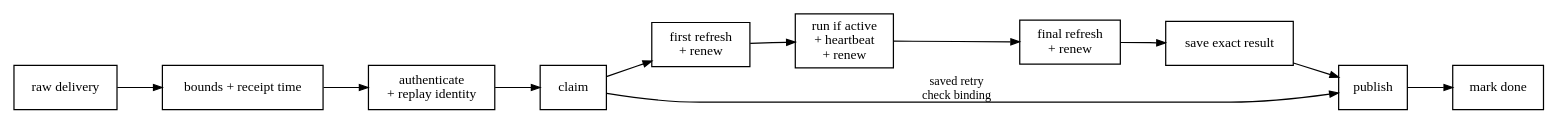
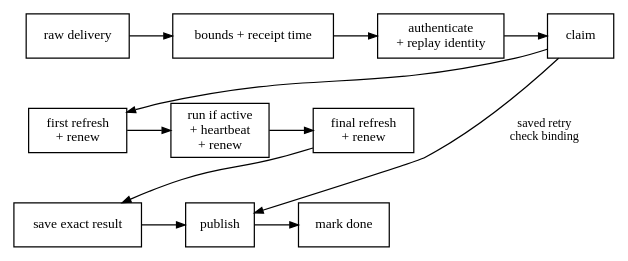
One commit to HardMax71/amiss changed the first of 2 diagrams in docs/src/controller.md. Above: the diagram before and after it, drawn with Graphviz. The commit also changed other lines of this file, not shown here.

Commit message:
Reshape the controller diagrams
The ten-box flow strip becomes the same three-row snake as the provider
pages, with the saved-retry shortcut drawn without layout constraint.
The four states stand as a vertical ladder, top to bottom being the
life of one delivery, with the renew, republish, and duplicate loops
hanging off the side.

````diff
--- a/docs/src/controller.md
+++ b/docs/src/controller.md
@@ -93,19 +93,27 @@
 ```dot process
 digraph controller_delivery {
-  rankdir = LR;
+  rankdir = TB;
   node [shape = box, fontname = "Latin Modern, Georgia, serif", fontsize = 11];
   edge [arrowsize = 0.7, fontname = "Latin Modern, Georgia, serif", fontsize = 10];
   raw      [label = "raw delivery"];
   gate     [label = "bounds + receipt time"];
   auth     [label = "authenticate\n+ replay identity"];
   claim    [label = "claim"];
   first    [label = "first refresh\n+ renew"];
   run      [label = "run if active\n+ heartbeat\n+ renew"];
   second   [label = "final refresh\n+ renew"];
   stage    [label = "save exact result"];
   publish  [label = "publish"];
   complete [label = "mark done"];
-  raw -> gate -> auth -> claim -> first -> run -> second -> stage -> publish -> complete;
-  claim -> publish [label = "saved retry\ncheck binding"];
+  { rank = same; raw; gate; auth; claim; }
+  { rank = same; first; run; second; }
+  { rank = same; stage; publish; complete; }
+  raw -> gate -> auth -> claim;
+  first -> run -> second;
+  stage -> publish -> complete;
+  claim -> first [constraint = false];
+  second -> stage [constraint = false];
+  claim -> publish [label = "saved retry\ncheck binding", constraint = false];
+  raw -> first -> stage [style = invis];
 }
 ```
````
